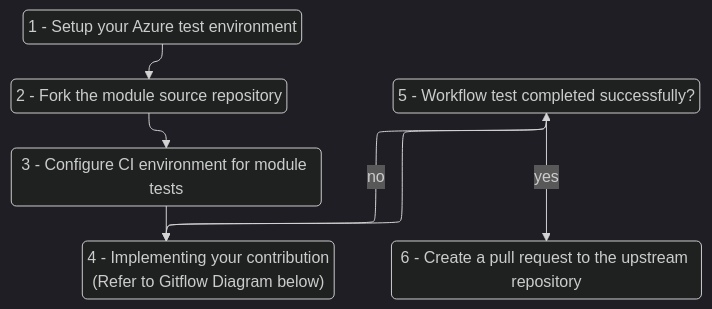
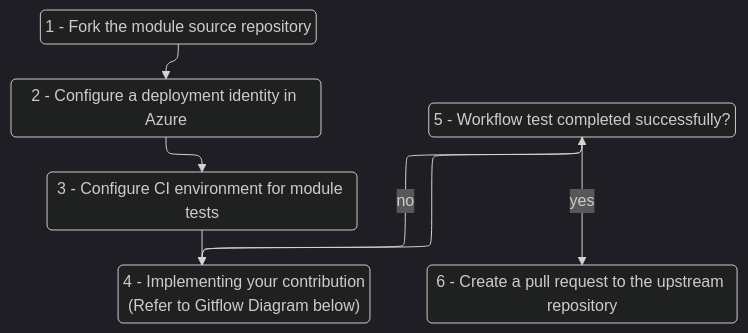
Before and after one commit to Azure/AVM-Test: the first of 2 diagrams in docs/content/contributing/bicep/bicep-contribution-flow/_index.md, drawn with Mermaid (dark theme). The commit also changed other lines of this file and 15 other files, not shown here.

```diff
--- a/docs/content/contributing/bicep/bicep-contribution-flow/_index.md
+++ b/docs/content/contributing/bicep/bicep-contribution-flow/_index.md
@@ -8,35 +8,35 @@
 {{< mermaid zoom="false">}}
 ---
 config:
   nodeSpacing: 20
   rankSpacing: 20
   diagramPadding: 50
   padding: 5
   flowchart:
     wrappingWidth: 300
     padding: 5
   layout: elk
   elk:
     mergeEdges: true
     nodePlacementStrategy: LINEAR_SEGMENTS
 ---
 flowchart TD
-  A("1 - Setup your Azure test environment")
-    click A "{{% siteparam base %}}/contributing/bicep/bicep-contribution-flow/#1-setup-your-azure-test-environment"
-  B(2 - Fork the module source repository)
-    click B "{{% siteparam base %}}/contributing/bicep/bicep-contribution-flow/#2-fork-the-module-source-repository"
+  A("1 - Fork the module source repository")
+    click A "{{% siteparam base %}}/contributing/bicep/bicep-contribution-flow/#1-fork-the-module-source-repository"
+  B(2 - Configure a deployment identity in Azure)
+    click B "{{% siteparam base %}}/contributing/bicep/bicep-contribution-flow/#2-configure-a-deployment-identity-in-azure"
   C("3 - Configure CI environment for module tests")
     click C "{{% siteparam base %}}/contributing/bicep/bicep-contribution-flow/#3-configure-your-ci-environment"
   D("4 - Implementing your contribution<br>(Refer to Gitflow Diagram below)")
     click D "{{% siteparam base %}}/contributing/bicep/bicep-contribution-flow/#4-implement-your-contribution"
   E(5 - Workflow test completed successfully?)
     click E "{{% siteparam base %}}/contributing/bicep/bicep-contribution-flow/#5-createupdate-and-run-tests"
   F(6 - Create a pull request to the upstream repository)
     click F "{{% siteparam base %}}/contributing/bicep/bicep-contribution-flow/#6-create-a-pull-request-to-the-public-bicep-registry"
   A --> B
   B --> C
   C --> D
   D --> E
   E -->|yes|F
   E -->|no|D
 {{< /mermaid >}}
```
